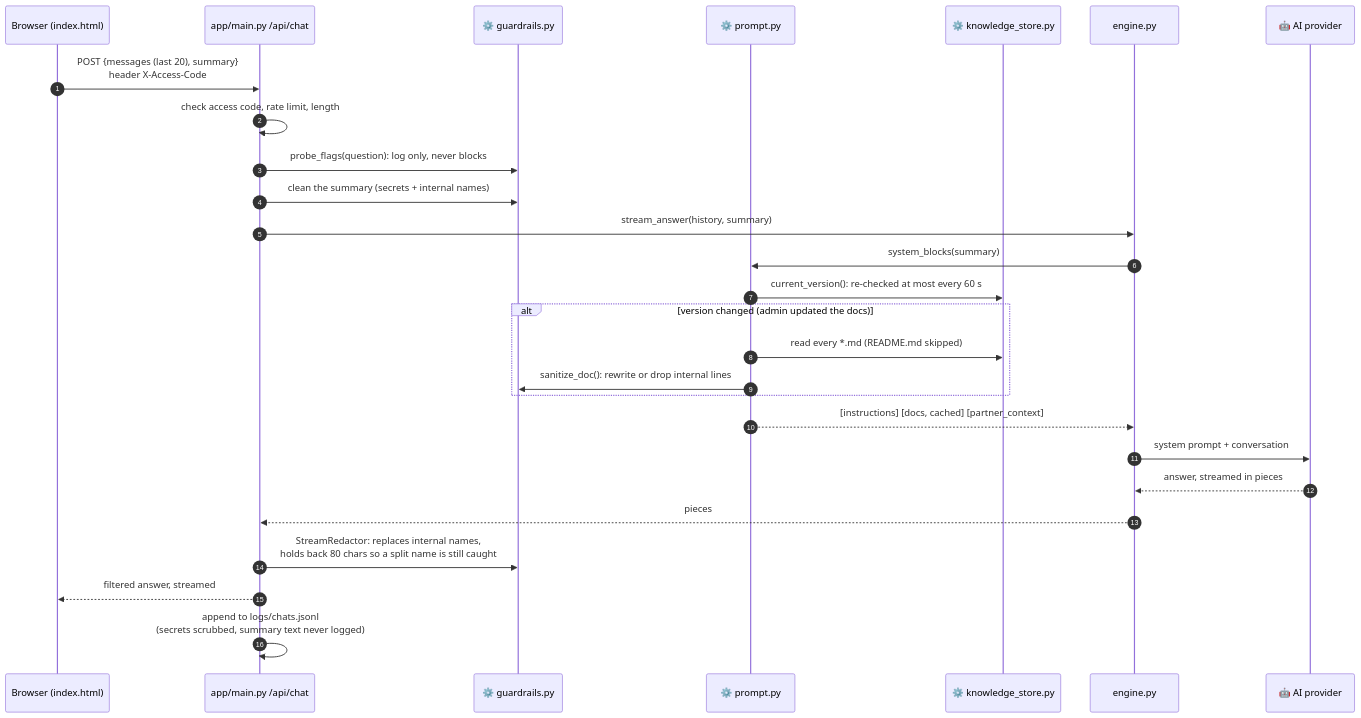
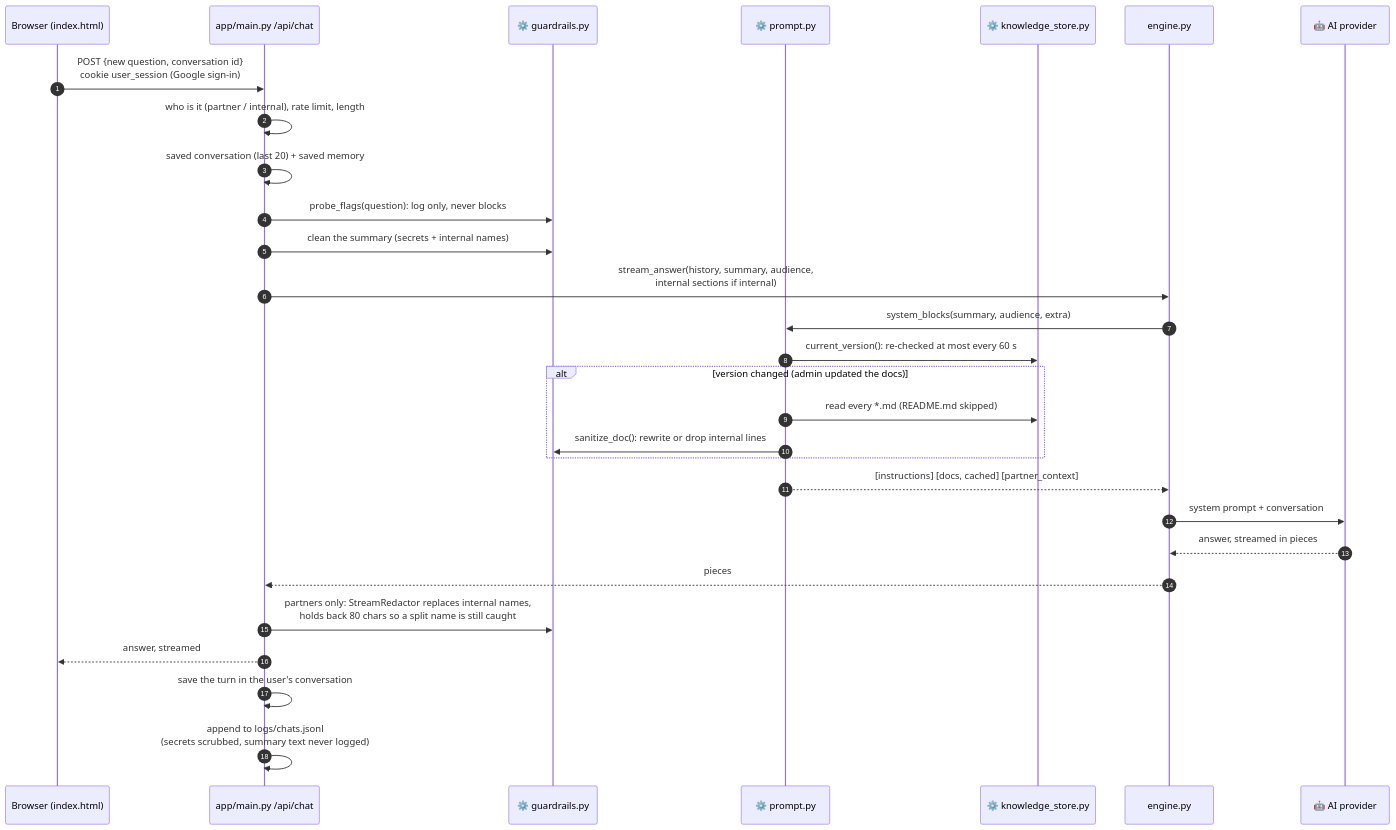
The second of 11 diagrams in README.md (SuvitKumar03/DSA-API-Integration-bot), drawn with Mermaid before and after one commit. The commit also changed other lines of this file and 35 other files, not shown here.

````diff
--- a/README.md
+++ b/README.md
@@ -111,30 +127,32 @@
 ```mermaid
 sequenceDiagram
     autonumber
     participant B as Browser (index.html)
     participant M as app/main.py /api/chat
     participant G as ⚙️ guardrails.py
     participant P as ⚙️ prompt.py
     participant S as ⚙️ knowledge_store.py
     participant E as engine.py
     participant AI as 🤖 AI provider
 
-    B->>M: POST {messages (last 20), summary}<br/>header X-Access-Code
-    M->>M: check access code, rate limit, length
+    B->>M: POST {new question, conversation id}<br/>cookie user_session (Google sign-in)
+    M->>M: who is it (partner / internal), rate limit, length
+    M->>M: saved conversation (last 20) + saved memory
     M->>G: probe_flags(question): log only, never blocks
     M->>G: clean the summary (secrets + internal names)
-    M->>E: stream_answer(history, summary)
-    E->>P: system_blocks(summary)
+    M->>E: stream_answer(history, summary, audience,<br/>internal sections if internal)
+    E->>P: system_blocks(summary, audience, extra)
     P->>S: current_version(): re-checked at most every 60 s
     alt version changed (admin updated the docs)
         P->>S: read every *.md (README.md skipped)
         P->>G: sanitize_doc(): rewrite or drop internal lines
     end
     P-->>E: [instructions] [docs, cached] [partner_context]
     E->>AI: system prompt + conversation
     AI-->>E: answer, streamed in pieces
     E-->>M: pieces
-    M->>G: StreamRedactor: replaces internal names,<br/>holds back 80 chars so a split name is still caught
-    M-->>B: filtered answer, streamed
+    M->>G: partners only: StreamRedactor replaces internal names,<br/>holds back 80 chars so a split name is still caught
+    M-->>B: answer, streamed
+    M->>M: save the turn in the user's conversation
     M->>M: append to logs/chats.jsonl<br/>(secrets scrubbed, summary text never logged)
 ```
````
